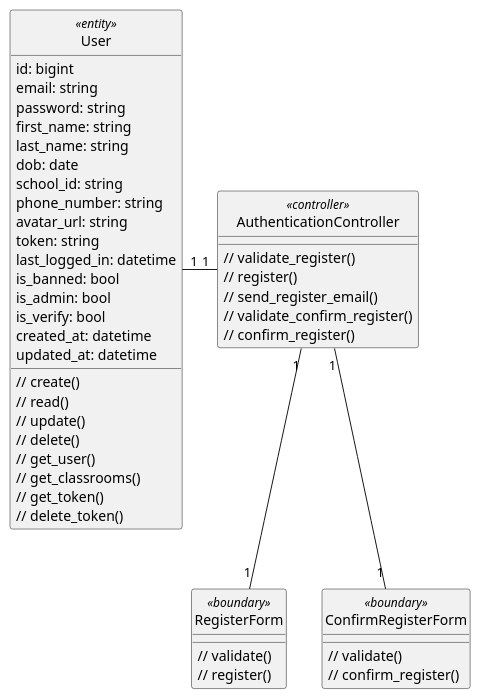
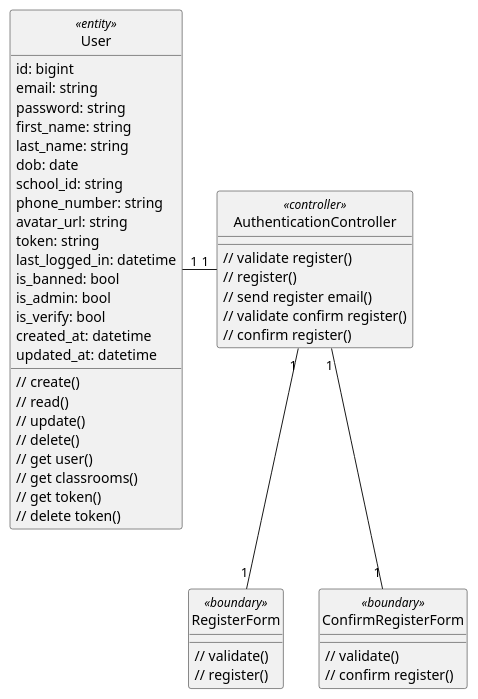
Before and after one commit to anonyhostvn/OOAD-Diagram: the diagram in class - analysis/authentication/register.plantuml, drawn with PlantUML. The commit also changed 6 other files, not shown here.

```diff
--- a/class - analysis/authentication/register.plantuml
+++ b/class - analysis/authentication/register.plantuml
@@ -1,60 +1,60 @@
 @startuml login
 
 class User <<entity>> {
     id: bigint
     email: string
     password: string
     first_name: string
     last_name: string
     dob: date
     school_id: string
     phone_number: string
     avatar_url: string
     token: string
     last_logged_in: datetime
     is_banned: bool
     is_admin: bool
     is_verify: bool
     created_at: datetime
     updated_at: datetime
 
     // create()
     // read()
     // update()
     // delete()
-    // get_user()
-    // get_classrooms()
-    // get_token()
-    // delete_token()
+    // get user()
+    // get classrooms()
+    // get token()
+    // delete token()
 }
 
 class RegisterForm <<boundary>> {
     // validate()
     // register()
 }
 
 class ConfirmRegisterForm <<boundary>> {
     // validate()
-    // confirm_register()
+    // confirm register()
 }
 
 class AuthenticationController <<controller>> {
-    // validate_register()
+    // validate register()
     // register()
-    // send_register_email()
-    // validate_confirm_register()
-    // confirm_register()
+    // send register email()
+    // validate confirm register()
+    // confirm register()
 }
 
 hide User <<entity>> circle
 hide RegisterForm <<boundary>> circle
 hide ConfirmRegisterForm <<boundary>> circle
 hide AuthenticationController <<controller>> circle
 
 AuthenticationController "1" -left- "1" User
 AuthenticationController "1" -down- "1" ConfirmRegisterForm
 AuthenticationController "1" -down- "1" RegisterForm
 
 
 
 @enduml
```
